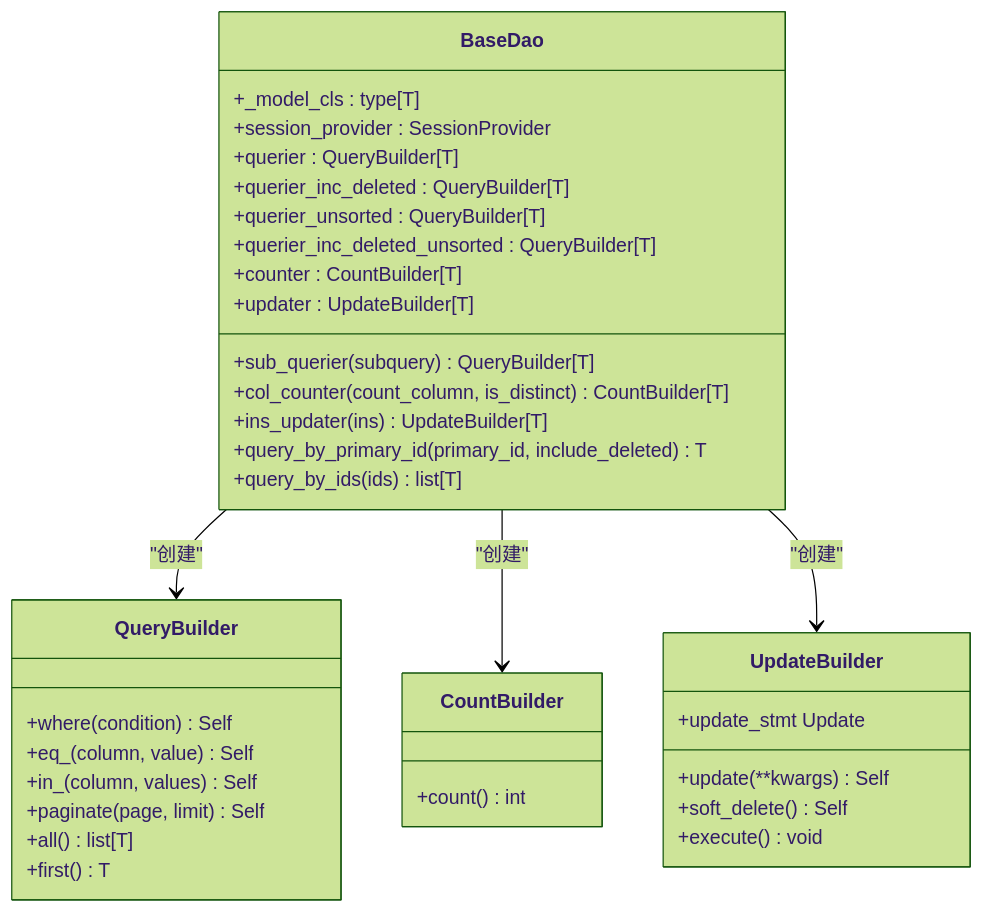
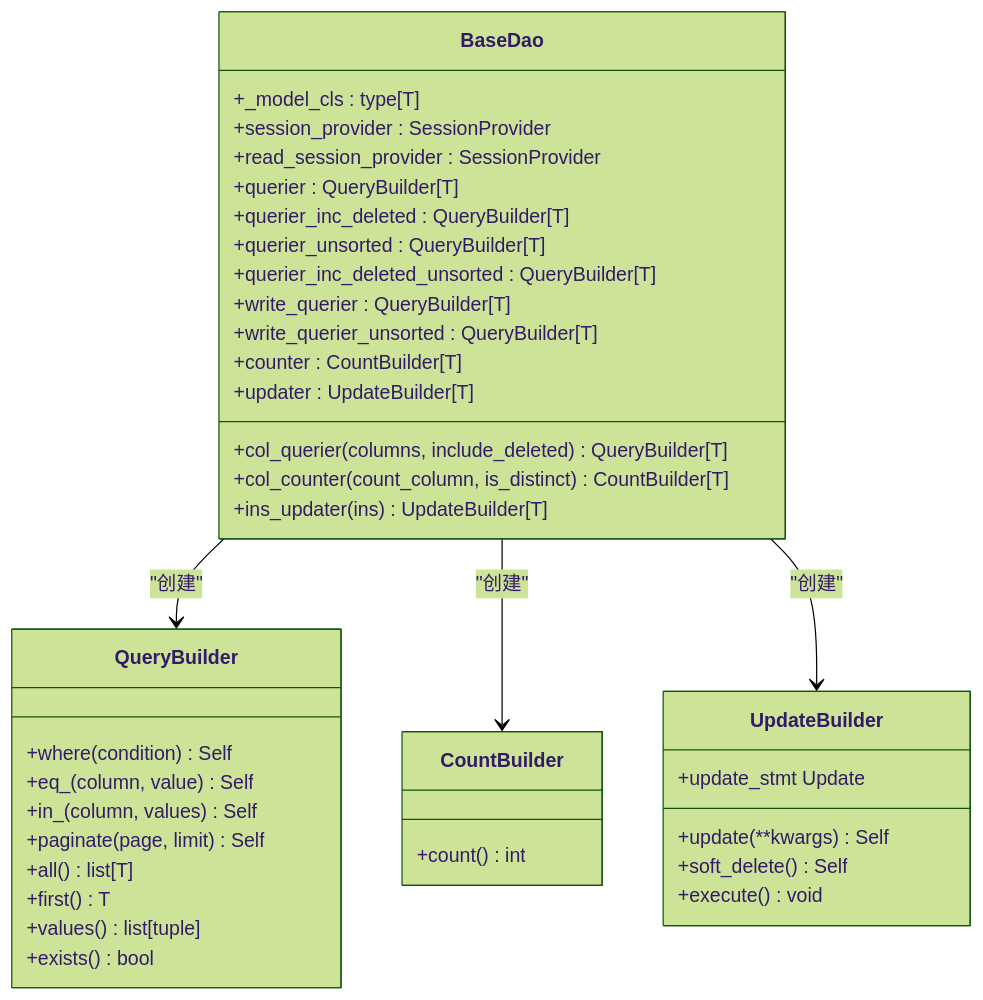
Before and after one commit to lilinzezzzzzz/fastapi-backend: the third of 11 diagrams in .qoder/repowiki/zh/content/数据访问层/通用DAO基类.md, drawn with Mermaid (forest theme). The commit also changed other lines of this file and 38 other files, not shown here.

````diff
--- a/.qoder/repowiki/zh/content/数据访问层/通用DAO基类.md
+++ b/.qoder/repowiki/zh/content/数据访问层/通用DAO基类.md
@@ -90,38 +129,41 @@
 ```mermaid
 classDiagram
 class BaseDao {
 +_model_cls : type[T]
 +session_provider : SessionProvider
++read_session_provider : SessionProvider
 +querier : QueryBuilder[T]
 +querier_inc_deleted : QueryBuilder[T]
 +querier_unsorted : QueryBuilder[T]
 +querier_inc_deleted_unsorted : QueryBuilder[T]
++write_querier : QueryBuilder[T]
++write_querier_unsorted : QueryBuilder[T]
++col_querier(columns, include_deleted) QueryBuilder[T]
 +counter : CountBuilder[T]
++col_counter(count_column, is_distinct) CountBuilder[T]
 +updater : UpdateBuilder[T]
-+sub_querier(subquery) QueryBuilder[T]
-+col_counter(count_column, is_distinct) CountBuilder[T]
 +ins_updater(ins) UpdateBuilder[T]
-+query_by_primary_id(primary_id, include_deleted) T
-+query_by_ids(ids) list[T]
 }
 class QueryBuilder {
 +where(condition) Self
 +eq_(column, value) Self
 +in_(column, values) Self
 +paginate(page, limit) Self
 +all() list[T]
 +first() T
++values() list[tuple]
++exists() bool
 }
 class CountBuilder {
 +count() int
 }
 class UpdateBuilder {
 +update(**kwargs) Self
 +soft_delete() Self
 +execute() void
 +update_stmt Update
 }
 BaseDao --> QueryBuilder : "创建"
 BaseDao --> CountBuilder : "创建"
 BaseDao --> UpdateBuilder : "创建"
 ```
````
